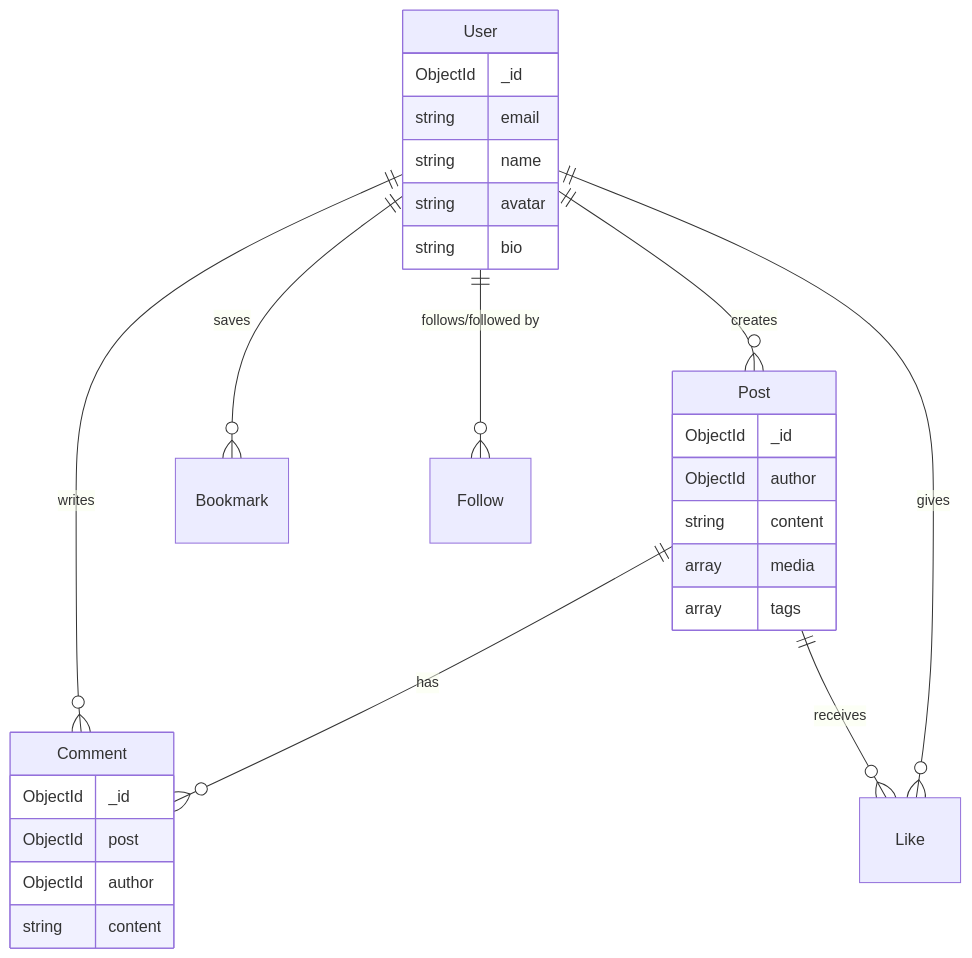
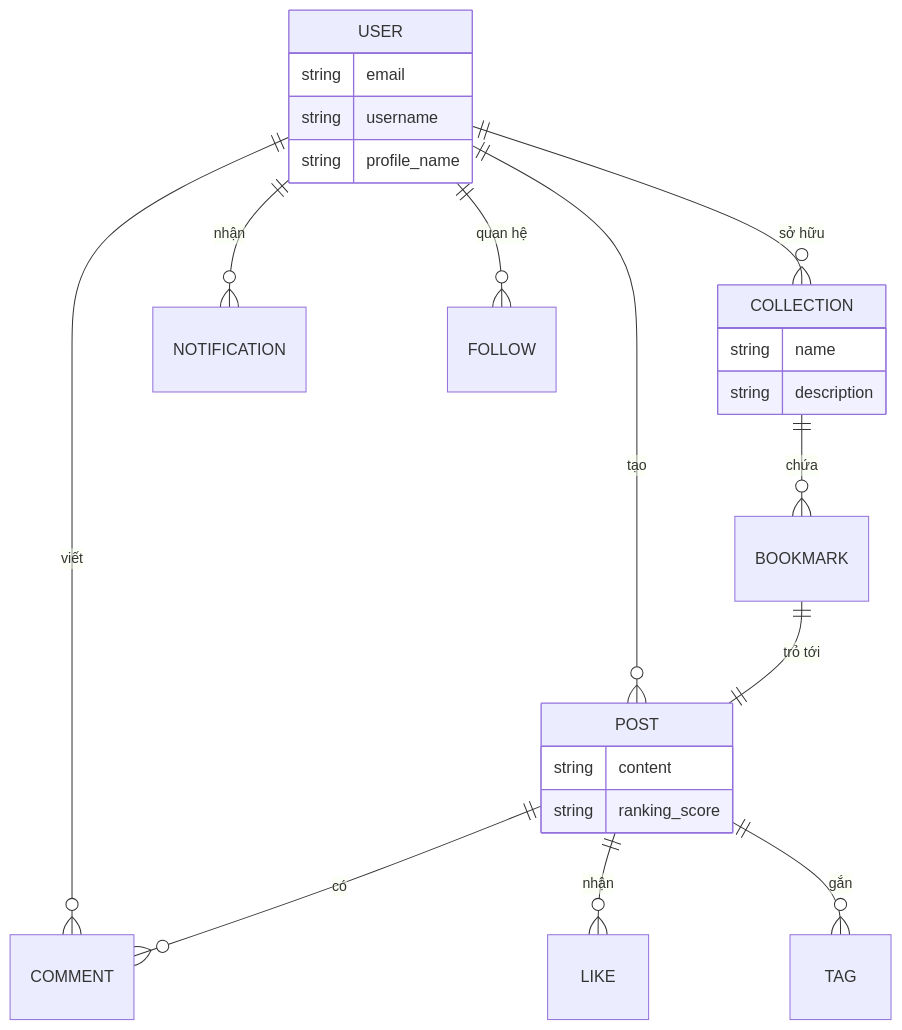
Before and after one commit to vuthuonghai-steve/KLTN-By_Thuong_Hai-Steve: the diagram in Docs/life-2/diagrams/er-diagram.md, drawn with Mermaid. The commit also changed other lines of this file and 29 other files, not shown here.

````diff
--- a/Docs/life-2/diagrams/er-diagram.md
+++ b/Docs/life-2/diagrams/er-diagram.md
@@ -8,33 +8,31 @@
 ```mermaid
 erDiagram
-    User ||--o{ Post : creates
-    User ||--o{ Comment : writes
-    User ||--o{ Bookmark : saves
-    User ||--o{ Follow : "follows/followed by"
-    Post ||--o{ Comment : has
-    Post ||--o{ Like : receives
-    User ||--o{ Like : gives
+    USER ||--o{ POST : "tạo"
+    USER ||--o{ COMMENT : "viết"
+    USER ||--o{ COLLECTION : "sở hữu"
+    USER ||--o{ NOTIFICATION : "nhận"
+    USER ||--o{ FOLLOW : "quan hệ"
     
-    User {
-        ObjectId _id
+    POST ||--o{ COMMENT : "có"
+    POST ||--o{ LIKE : "nhận"
+    POST ||--o{ TAG : "gắn"
+    
+    COLLECTION ||--o{ BOOKMARK : "chứa"
+    BOOKMARK ||--|| POST : "trỏ tới"
+    
+    USER {
         string email
-        string name
-        string avatar
-        string bio
+        string username
+        string profile_name
     }
     
-    Post {
-        ObjectId _id
-        ObjectId author
+    POST {
         string content
-        array media
-        array tags
+        string ranking_score
     }
     
-    Comment {
-        ObjectId _id
-        ObjectId post
-        ObjectId author
-        string content
+    COLLECTION {
+        string name
+        string description
     }
 ```
````
